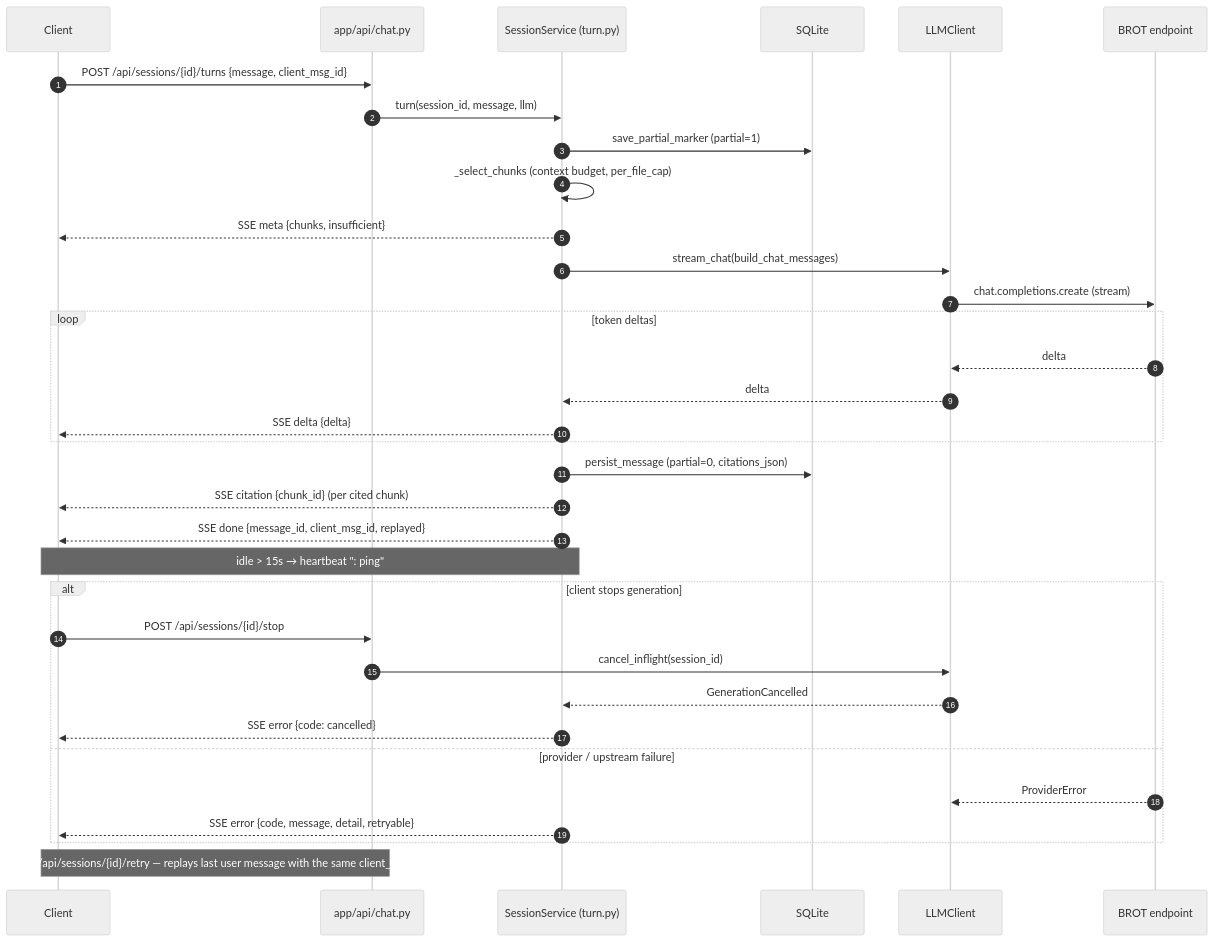
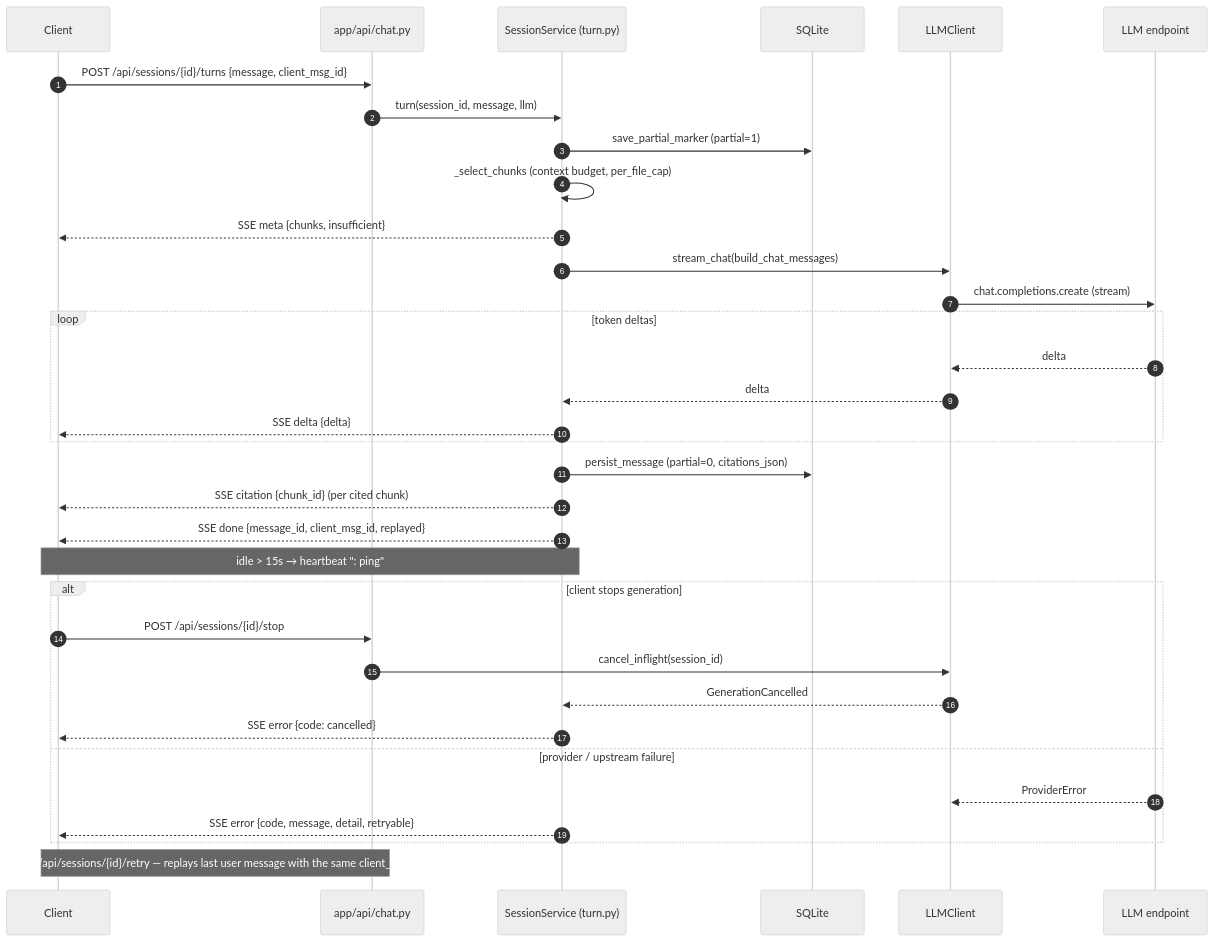
Before and after one commit to totallynotbrent/Sage: the third of 5 diagrams in README.md, drawn with Mermaid (neutral theme). The commit also changed other lines of this file and 8 other files, not shown here.

````diff
--- a/README.md
+++ b/README.md
@@ -177,39 +177,39 @@
 ```mermaid
 sequenceDiagram
     autonumber
     participant C as Client
     participant CH as app/api/chat.py
     participant T as SessionService (turn.py)
     participant DB as SQLite
     participant LLM as LLMClient
-    participant B as BROT endpoint
+    participant B as LLM endpoint
 
     C->>CH: POST /api/sessions/{id}/turns {message, client_msg_id}
     CH->>T: turn(session_id, message, llm)
     T->>DB: save_partial_marker (partial=1)
     T->>T: _select_chunks (context budget, per_file_cap)
     T-->>C: SSE meta {chunks, insufficient}
     T->>LLM: stream_chat(build_chat_messages)
     LLM->>B: chat.completions.create (stream)
     loop token deltas
         B-->>LLM: delta
         LLM-->>T: delta
         T-->>C: SSE delta {delta}
     end
     T->>DB: persist_message (partial=0, citations_json)
     T-->>C: SSE citation {chunk_id} (per cited chunk)
     T-->>C: SSE done {message_id, client_msg_id, replayed}
     Note over C,T: idle > 15s → heartbeat ": ping"
 
     alt client stops generation
         C->>CH: POST /api/sessions/{id}/stop
         CH->>LLM: cancel_inflight(session_id)
         LLM-->>T: GenerationCancelled
         T-->>C: SSE error {code: cancelled}
     else provider / upstream failure
         B-->>LLM: ProviderError
         T-->>C: SSE error {code, message, detail, retryable}
     end
 
     Note over C,CH: POST /api/sessions/{id}/retry — replays last user message with the same client_msg_id
 ```
````
